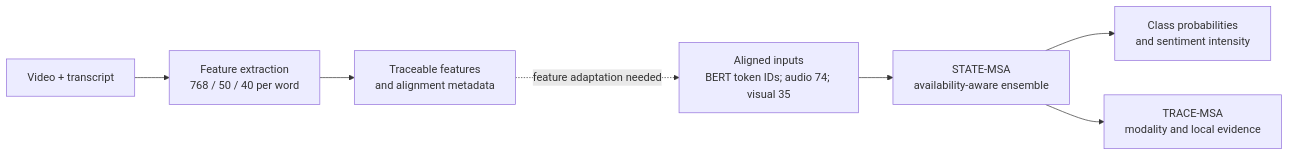
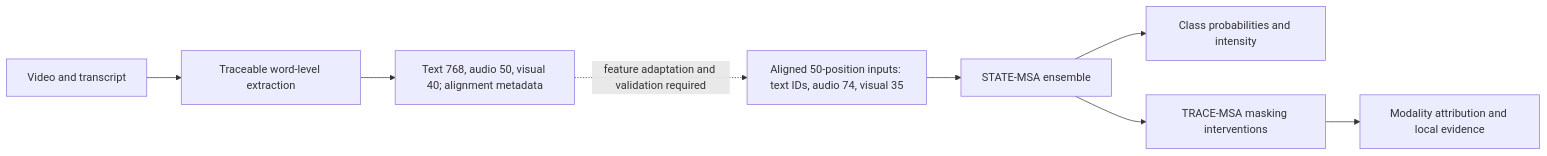
Before and after one commit to ChengruiHan/robust-multimodal-sentiment: the diagram in README.md, drawn with Mermaid. The commit also changed other lines of this file and 25 other files, not shown here.

````diff
--- a/README.md
+++ b/README.md
@@ -25,9 +32,10 @@
 ```mermaid
 flowchart LR
-    D[Aligned inputs<br/>BERT token IDs; audio 74; visual 35] --> M[STATE-MSA<br/>availability-aware ensemble]
-    M --> P[Class probabilities<br/>and sentiment intensity]
-    M --> E[TRACE-MSA<br/>modality and local evidence]
-    V[Video + transcript] --> X[Feature extraction<br/>768 / 50 / 40 per word]
-    X --> A[Traceable features<br/>and alignment metadata]
-    A -. feature adaptation needed .-> D
+  D[Aligned 50-position inputs: text IDs, audio 74, visual 35] --> S[STATE-MSA ensemble]
+  S --> P[Class probabilities and intensity]
+  S --> T[TRACE-MSA masking interventions]
+  T --> E[Modality attribution and local evidence]
+  V[Video and transcript] --> X[Traceable word-level extraction]
+  X --> F[Text 768, audio 50, visual 40; alignment metadata]
+  F -. feature adaptation and validation required .-> D
 ```
````
